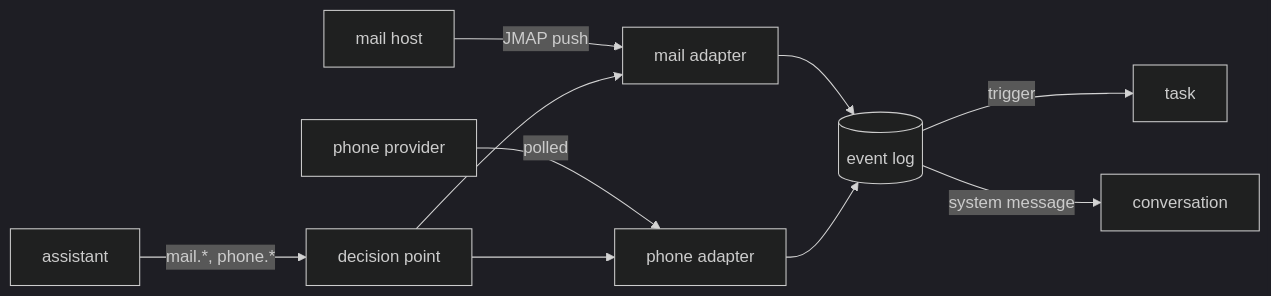
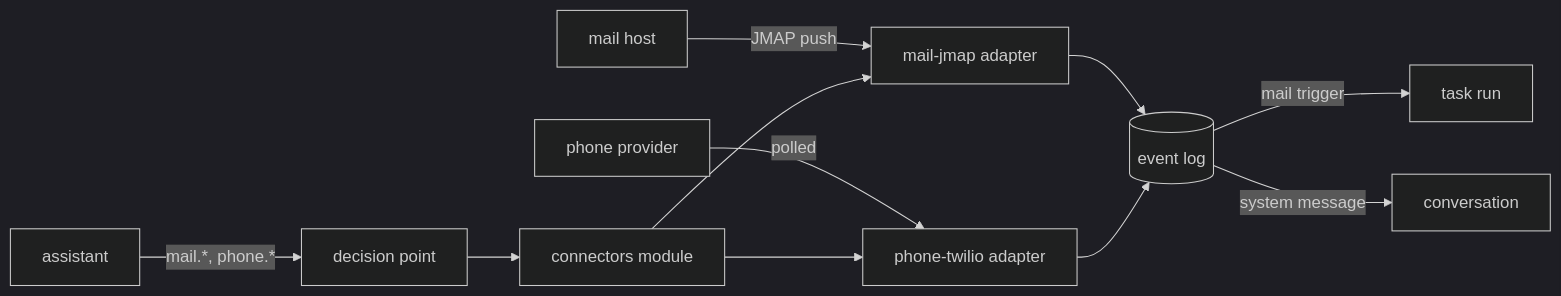
One commit to zgeoff/nixie changed the diagram in docs/design/queue/mail-and-phone.md. Above: the diagram before and after it, drawn with Mermaid (dark theme). The commit also changed other lines of this file and 1 other file, not shown here.

````diff
--- a/docs/design/queue/mail-and-phone.md
+++ b/docs/design/queue/mail-and-phone.md
@@ -13,12 +14,13 @@
 ```mermaid
 flowchart LR
-  host[mail host] -->|"JMAP push"| mail[mail adapter]
-  provider[phone provider] -->|"polled"| phone[phone adapter]
+  host[mail host] -->|"JMAP push"| mail[mail-jmap adapter]
+  provider[phone provider] -->|"polled"| phone[phone-twilio adapter]
   mail --> log[(event log)]
   phone --> log
-  log -->|"trigger"| task[task]
+  log -->|"mail trigger"| task[task run]
   log -->|"system message"| conv[conversation]
   model[assistant] -->|"mail.*, phone.*"| point[decision point]
-  point --> mail
-  point --> phone
+  point --> conn[connectors module]
+  conn --> mail
+  conn --> phone
 ```
````
